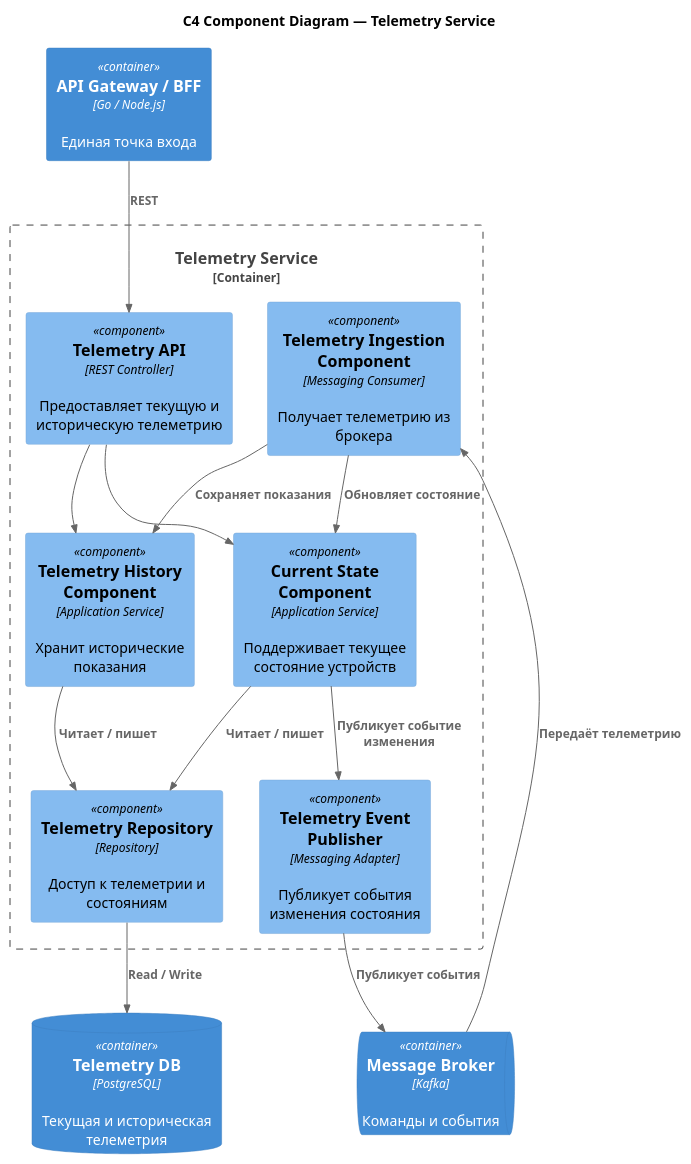
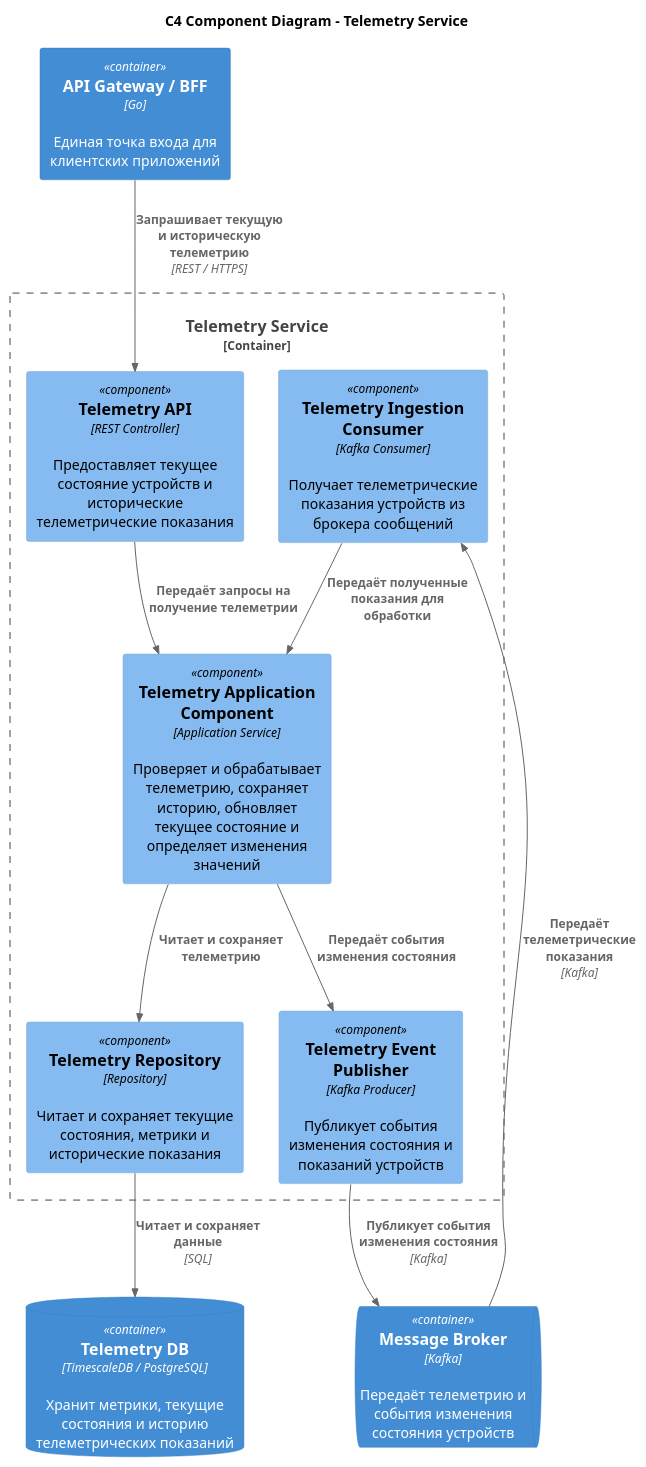
Before and after one commit to KristinaKurian/architecture-warmhouse: the diagram in diagrams/06-component-telemetry-service.puml, drawn with PlantUML. The commit also changed 12 other files, not shown here.

```diff
--- a/diagrams/06-component-telemetry-service.puml
+++ b/diagrams/06-component-telemetry-service.puml
@@ -1,35 +1,41 @@
 @startuml
-!include <C4/C4_Component>
 
-title C4 Component Diagram — Telemetry Service
+!includeurl https://raw.githubusercontent.com/plantuml-stdlib/C4-PlantUML/master/C4_Component.puml
+
+title C4 Component Diagram - Telemetry Service
 
 Container_Boundary(telemetryService, "Telemetry Service") {
-    Component(telemetryApi, "Telemetry API", "REST Controller", "Предоставляет текущую и историческую телеметрию")
-    Component(telemetryIngestion, "Telemetry Ingestion Component", "Messaging Consumer", "Получает телеметрию из брокера")
-    Component(currentStateComponent, "Current State Component", "Application Service", "Поддерживает текущее состояние устройств")
-    Component(historyComponent, "Telemetry History Component", "Application Service", "Хранит исторические показания")
-    Component(telemetryEventPublisher, "Telemetry Event Publisher", "Messaging Adapter", "Публикует события изменения состояния")
-    Component(telemetryRepository, "Telemetry Repository", "Repository", "Доступ к телеметрии и состояниям")
+    Component(telemetryApi, "Telemetry API", "REST Controller", "Предоставляет текущее состояние устройств и исторические телеметрические показания")
+
+    Component(telemetryConsumer, "Telemetry Ingestion Consumer", "Kafka Consumer", "Получает телеметрические показания устройств из брокера сообщений")
+
+    Component(telemetryApplication, "Telemetry Application Component", "Application Service", "Проверяет и обрабатывает телеметрию, сохраняет историю, обновляет текущее состояние и определяет изменения значений")
+
+    Component(telemetryEventPublisher, "Telemetry Event Publisher", "Kafka Producer", "Публикует события изменения состояния и показаний устройств")
+
+    Component(telemetryRepository, "Telemetry Repository", "Repository", "Читает и сохраняет текущие состояния, метрики и исторические показания")
 }
 
-Container(apiGateway, "API Gateway / BFF", "Go / Node.js", "Единая точка входа")
-ContainerQueue(messageBroker, "Message Broker", "Kafka", "Команды и события")
-ContainerDb(telemetryDb, "Telemetry DB", "PostgreSQL", "Текущая и историческая телеметрия")
+Container(apiGateway, "API Gateway / BFF", "Go", "Единая точка входа для клиентских приложений")
 
-Rel(apiGateway, telemetryApi, "REST")
-Rel(telemetryApi, currentStateComponent, "")
-Rel(telemetryApi, historyComponent, "")
+ContainerQueue(messageBroker, "Message Broker", "Kafka", "Передаёт телеметрию и события изменения состояния устройств")
 
-Rel(messageBroker, telemetryIngestion, "Передаёт телеметрию")
-Rel(telemetryIngestion, currentStateComponent, "Обновляет состояние")
-Rel(telemetryIngestion, historyComponent, "Сохраняет показания")
+ContainerDb(telemetryDb, "Telemetry DB", "TimescaleDB / PostgreSQL", "Хранит метрики, текущие состояния и историю телеметрических показаний")
 
-Rel(currentStateComponent, telemetryRepository, "Читает / пишет")
-Rel(historyComponent, telemetryRepository, "Читает / пишет")
+Rel(apiGateway, telemetryApi, "Запрашивает текущую и историческую телеметрию", "REST / HTTPS")
 
-Rel(currentStateComponent, telemetryEventPublisher, "Публикует событие изменения")
-Rel(telemetryEventPublisher, messageBroker, "Публикует события")
+Rel(telemetryApi, telemetryApplication, "Передаёт запросы на получение телеметрии")
 
-Rel(telemetryRepository, telemetryDb, "Read / Write")
+Rel(messageBroker, telemetryConsumer, "Передаёт телеметрические показания", "Kafka")
+
+Rel(telemetryConsumer, telemetryApplication, "Передаёт полученные показания для обработки")
+
+Rel(telemetryApplication, telemetryRepository, "Читает и сохраняет телеметрию")
+
+Rel(telemetryApplication, telemetryEventPublisher, "Передаёт события изменения состояния")
+
+Rel(telemetryEventPublisher, messageBroker, "Публикует события изменения состояния", "Kafka")
+
+Rel(telemetryRepository, telemetryDb, "Читает и сохраняет данные", "SQL")
 
 @enduml
```
